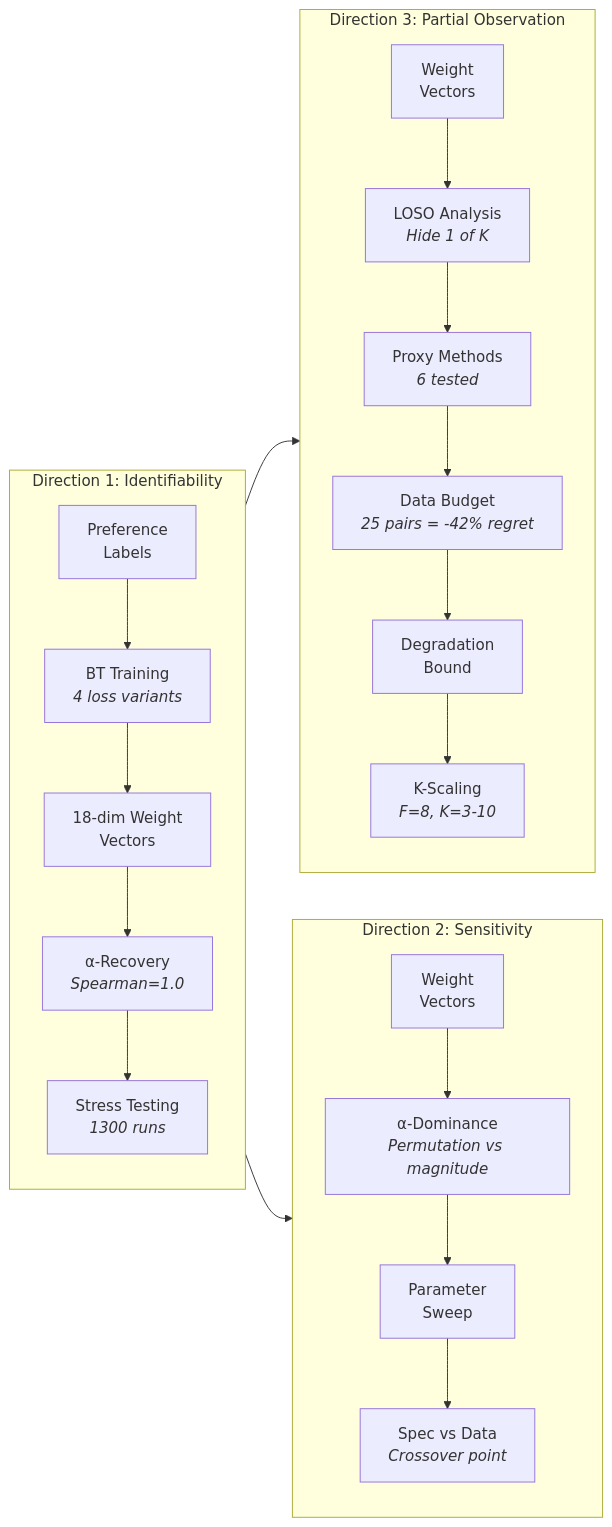
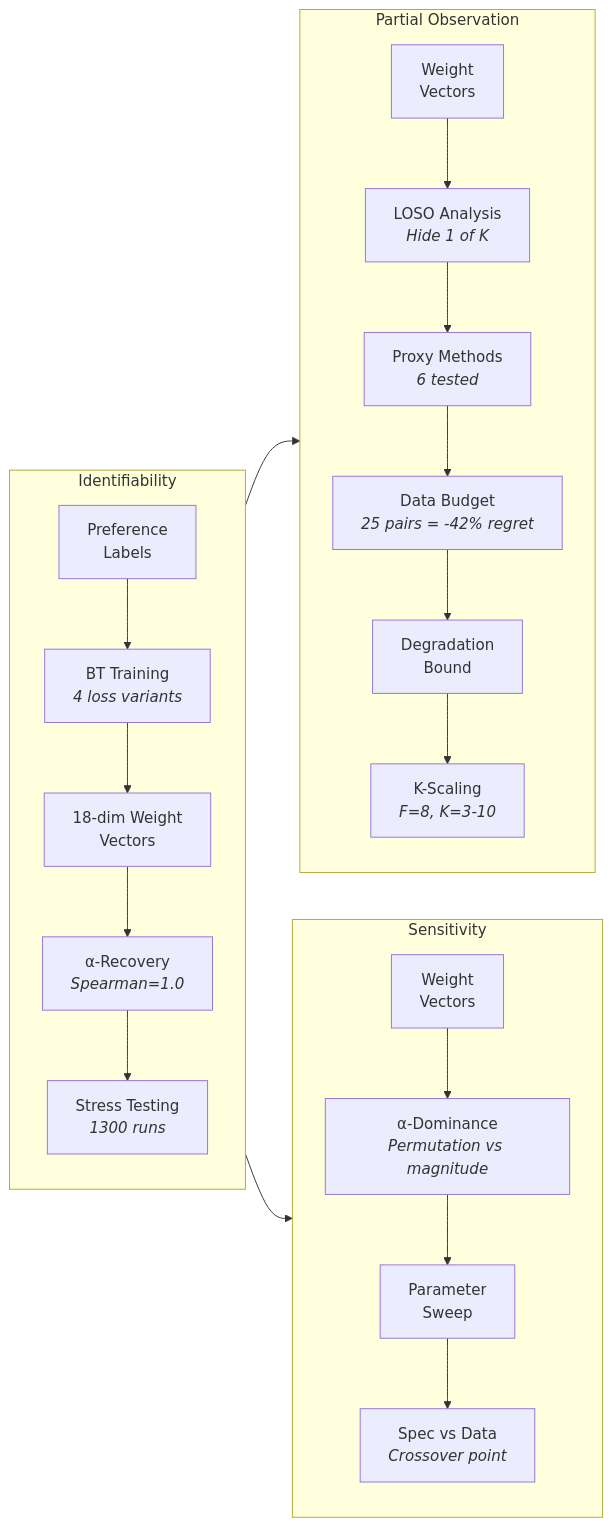
Before and after one commit to kar-ganap/x-algorithm-enhancements: the second of 5 diagrams in docs/architecture.md, drawn with Mermaid. The commit also changed other lines of this file and 2 other files, not shown here.

First line of the commit message:
docs: remove internal labels from architecture, results, retro

````diff
--- a/docs/architecture.md
+++ b/docs/architecture.md
@@ -38,26 +38,26 @@
 ```mermaid
 graph LR
-    subgraph d1 ["Direction 1: Identifiability"]
+    subgraph ident ["Identifiability"]
         Labels["Preference<br/>Labels"] --> Train["BT Training<br/><i>4 loss variants</i>"]
         Train --> Weights["18-dim Weight<br/>Vectors"]
         Weights --> Alpha["α-Recovery<br/><i>Spearman=1.0</i>"]
         Alpha --> Stress["Stress Testing<br/><i>1300 runs</i>"]
     end
 
-    subgraph d3 ["Direction 3: Partial Observation"]
+    subgraph partial ["Partial Observation"]
         Weights2["Weight<br/>Vectors"] --> LOSO2["LOSO Analysis<br/><i>Hide 1 of K</i>"]
         LOSO2 --> Proxy["Proxy Methods<br/><i>6 tested</i>"]
         Proxy --> VoI["Data Budget<br/><i>25 pairs = -42% regret</i>"]
         VoI --> Bound["Degradation<br/>Bound"]
         Bound --> Scale["K-Scaling<br/><i>F=8, K=3-10</i>"]
     end
 
-    subgraph d2 ["Direction 2: Sensitivity"]
+    subgraph sensitivity ["Sensitivity"]
         Weights3["Weight<br/>Vectors"] --> AlphaD["α-Dominance<br/><i>Permutation vs magnitude</i>"]
         AlphaD --> Sweep["Parameter<br/>Sweep"]
         Sweep --> SvD["Spec vs Data<br/><i>Crossover point</i>"]
     end
 
-    d1 --> d3
-    d1 --> d2
+    ident --> partial
+    ident --> sensitivity
 ```
````
